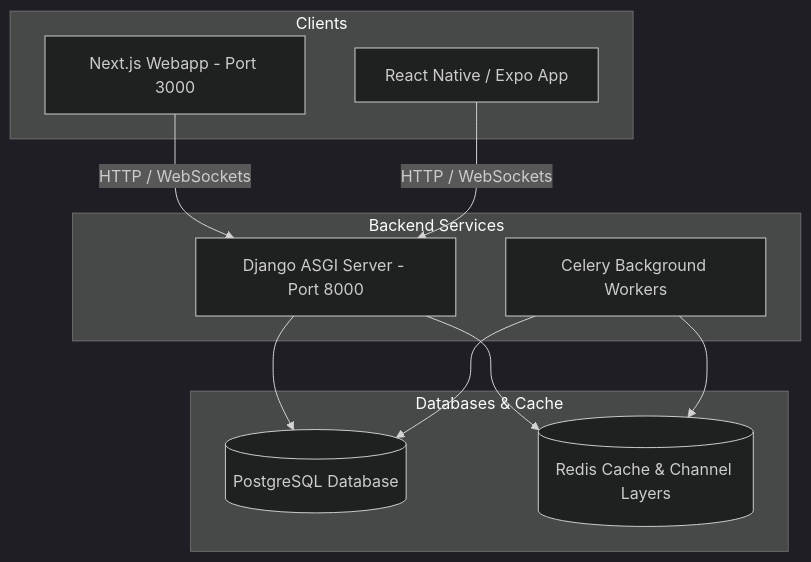
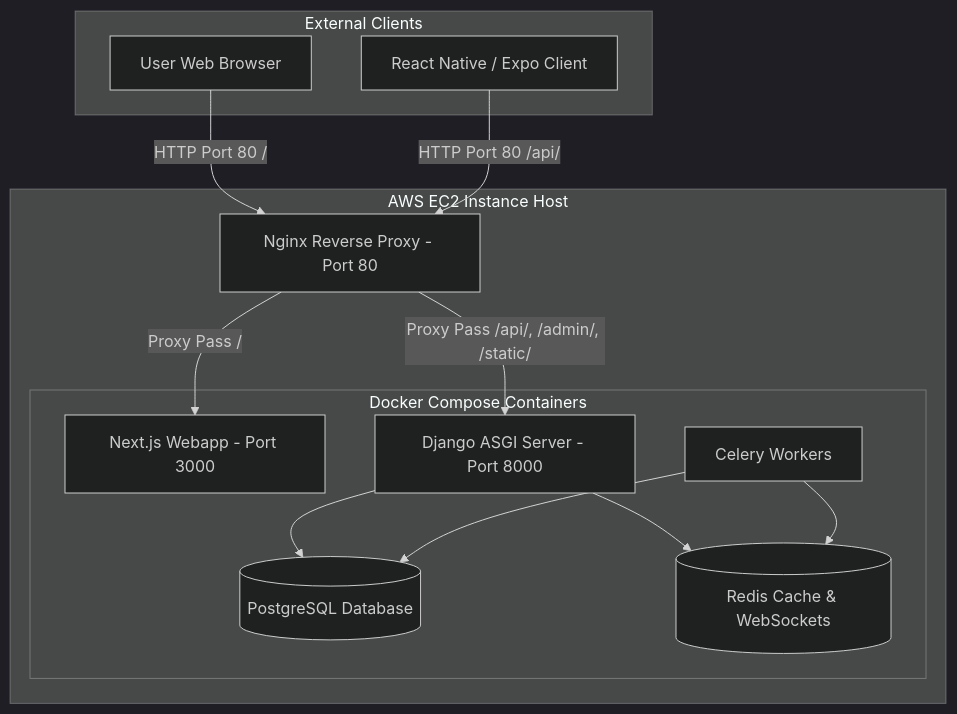
One commit to bilash-biswas/bcs-preparation-platform changed the diagram in README.md. Above: the diagram before and after it, drawn with Mermaid (dark theme). The commit also changed other lines of this file, not shown here.

Commit message:
docs: update README architecture diagram to reflect AWS integration and Nginx proxy routing

````diff
--- a/README.md
+++ b/README.md
@@ -14,24 +17,30 @@
 ```mermaid
 graph TD
-    subgraph Clients
-        Web[Next.js Webapp - Port 3000]
-        Mobile[React Native / Expo App]
+    subgraph External Clients
+        WebClient[User Web Browser]
+        MobileClient[React Native / Expo Client]
     end
 
-    subgraph Backend Services
-        API[Django ASGI Server - Port 8000]
-        Celery[Celery Background Workers]
+    subgraph AWS EC2 Instance Host
+        Nginx[Nginx Reverse Proxy - Port 80]
+        
+        subgraph Docker Compose Containers
+            Web[Next.js Webapp - Port 3000]
+            API[Django ASGI Server - Port 8000]
+            Celery[Celery Workers]
+            DB[(PostgreSQL Database)]
+            Cache[(Redis Cache & WebSockets)]
+        end
     end
 
-    subgraph Databases & Cache
-        DB[(PostgreSQL Database)]
-        Cache[(Redis Cache & Channel Layers)]
-    end
-
-    Web -->|HTTP / WebSockets| API
-    Mobile -->|HTTP / WebSockets| API
+    WebClient -->|HTTP Port 80 /| Nginx
+    MobileClient -->|HTTP Port 80 /api/| Nginx
+    
+    Nginx -->|Proxy Pass /| Web
+    Nginx -->|Proxy Pass /api/, /admin/, /static/| API
+    
     API --> DB
     API --> Cache
     Celery --> Cache
     Celery --> DB
 ```
````
